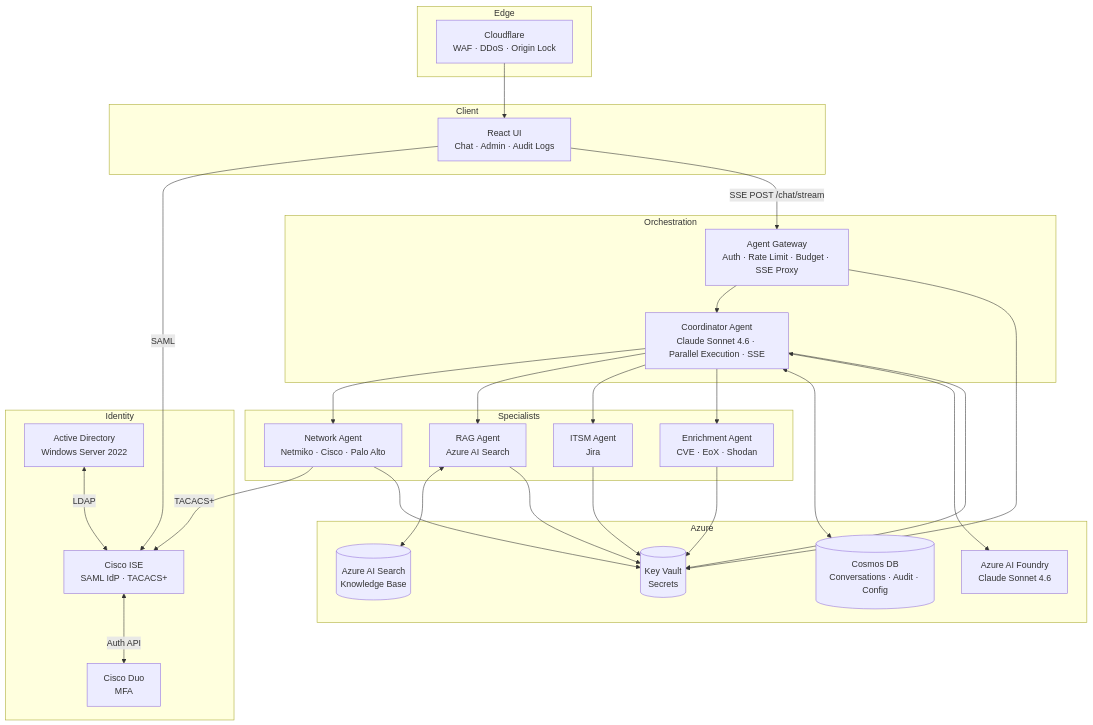
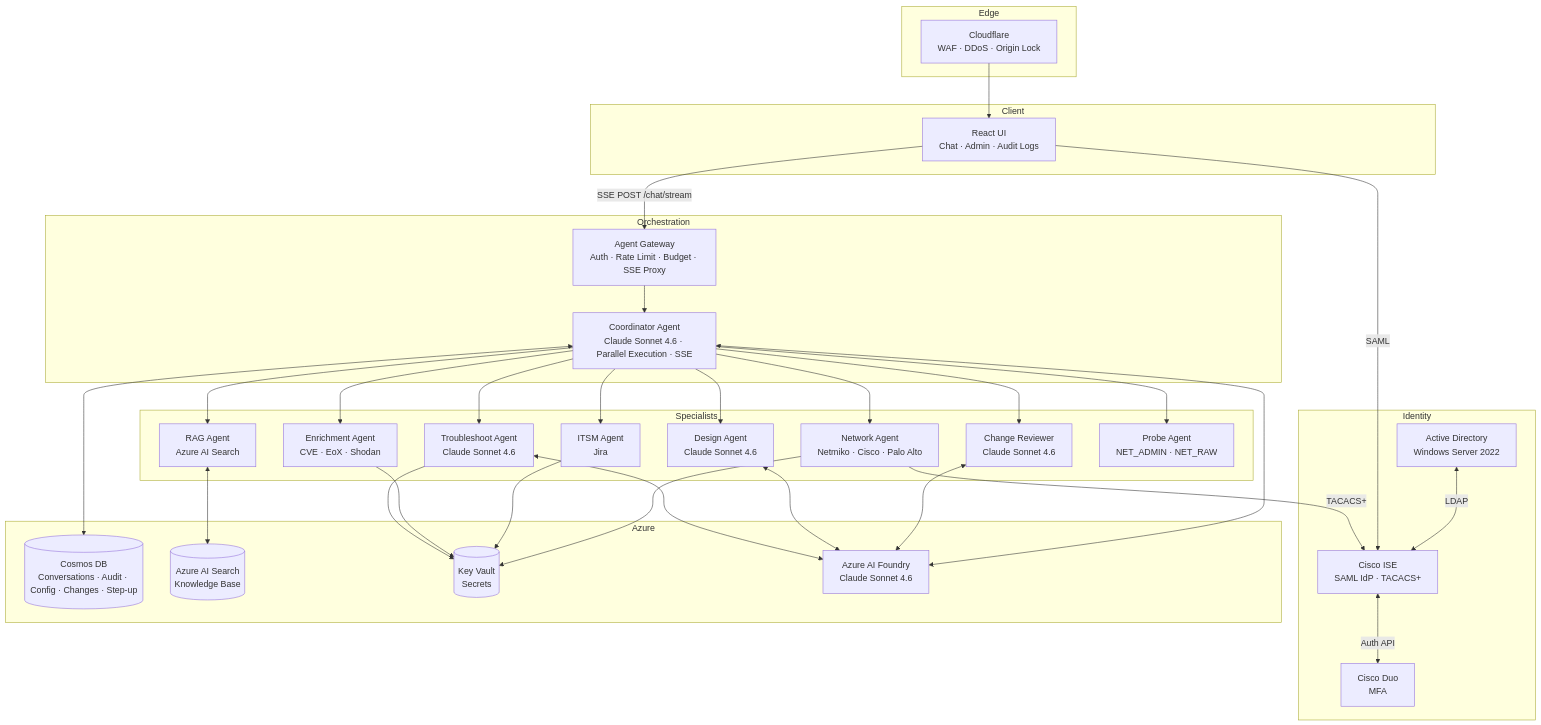
One commit to sjohnston1972/vigil-platform changed the first of 7 diagrams in README.md. Above: the diagram before and after it, drawn with Mermaid. The commit also changed other lines of this file and 1 other file, not shown here.

First line of the commit message:
docs: update README and ARCHITECTURE for full agent roster and infra

````diff
--- a/README.md
+++ b/README.md
@@ -32,48 +32,55 @@
 ```mermaid
 graph TB
     subgraph Edge
         CF[Cloudflare<br/>WAF · DDoS · Origin Lock]
     end
 
     subgraph Identity
         AD[Active Directory<br/>Windows Server 2022]
         ISE[Cisco ISE<br/>SAML IdP · TACACS+]
         DUO[Cisco Duo<br/>MFA]
         AD <-->|LDAP| ISE
         ISE <-->|Auth API| DUO
     end
 
     subgraph Client
         UI[React UI<br/>Chat · Admin · Audit Logs]
     end
 
     subgraph Orchestration
         GW[Agent Gateway<br/>Auth · Rate Limit · Budget · SSE Proxy]
         CO[Coordinator Agent<br/>Claude Sonnet 4.6 · Parallel Execution · SSE]
     end
 
     subgraph Specialists
         NA[Network Agent<br/>Netmiko · Cisco · Palo Alto]
+        CR[Change Reviewer<br/>Claude Sonnet 4.6]
         RA[RAG Agent<br/>Azure AI Search]
         IA[ITSM Agent<br/>Jira]
         EA[Enrichment Agent<br/>CVE · EoX · Shodan]
+        DA[Design Agent<br/>Claude Sonnet 4.6]
+        TA[Troubleshoot Agent<br/>Claude Sonnet 4.6]
+        PA[Probe Agent<br/>NET_ADMIN · NET_RAW]
     end
 
     subgraph Azure
-        COSMOS[(Cosmos DB<br/>Conversations · Audit · Config)]
+        COSMOS[(Cosmos DB<br/>Conversations · Audit · Config · Changes · Step-up)]
         SEARCH[(Azure AI Search<br/>Knowledge Base)]
         KV[(Key Vault<br/>Secrets)]
         FOUNDRY[Azure AI Foundry<br/>Claude Sonnet 4.6]
     end
 
     CF --> UI
     UI -->|SAML| ISE
     UI -->|SSE POST /chat/stream| GW
     GW --> CO
-    CO --> NA & RA & IA & EA
+    CO --> NA & CR & RA & IA & EA & DA & TA & PA
     NA -->|TACACS+| ISE
     CO <--> COSMOS
     CO <--> FOUNDRY
+    CR <--> FOUNDRY
+    DA <--> FOUNDRY
+    TA <--> FOUNDRY
     RA <--> SEARCH
-    CO & GW & NA & RA & IA & EA --> KV
+    NA & IA & EA & TA --> KV
 ```
````
